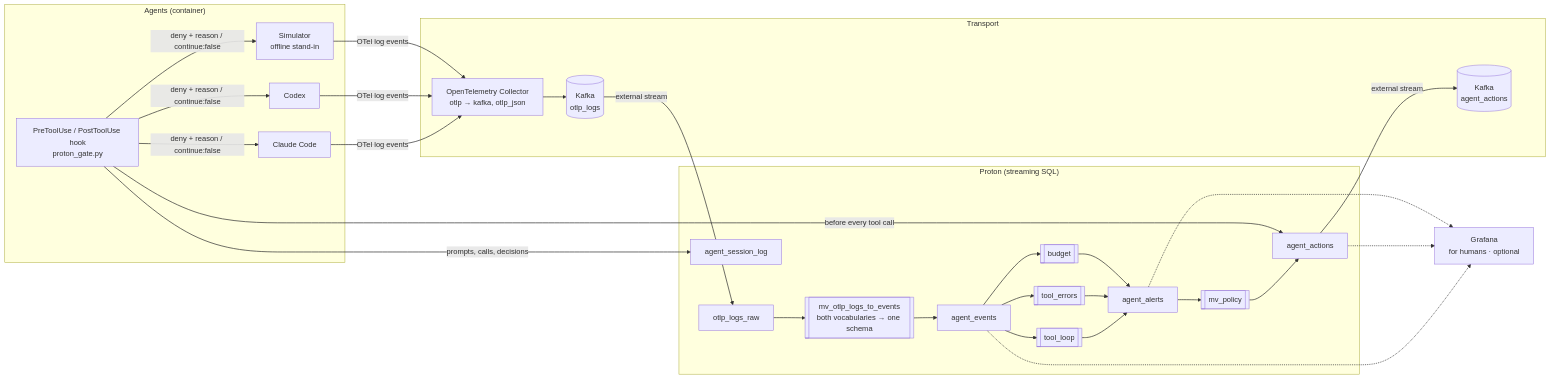
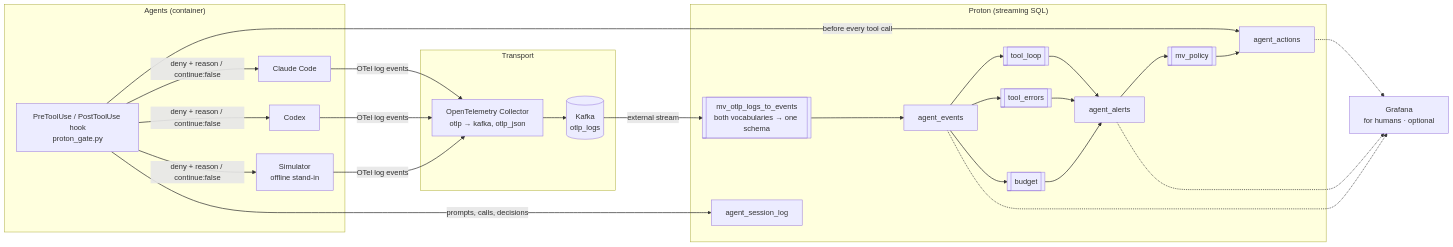
Before and after one commit to timeplus-io/osacon-2026: the diagram in docs/architecture.md, drawn with Mermaid. The commit also changed other lines of this file and 9 other files, not shown here.

````diff
--- a/docs/architecture.md
+++ b/docs/architecture.md
@@ -3,40 +3,37 @@
 ```mermaid
 flowchart LR
     subgraph Agents["Agents (container)"]
         CC[Claude Code]
         CX[Codex]
         SIM[Simulator<br/>offline stand-in]
         H[PreToolUse / PostToolUse hook<br/>proton_gate.py]
     end
 
     subgraph Transport
         C[OpenTelemetry Collector<br/>otlp → kafka, otlp_json]
         K1[(Kafka<br/>otlp_logs)]
-        K2[(Kafka<br/>agent_actions)]
     end
 
     subgraph Proton["Proton (streaming SQL)"]
-        R[otlp_logs_raw]
         P[[mv_otlp_logs_to_events<br/>both vocabularies → one schema]]
         E[agent_events]
         SL[agent_session_log]
         D1[[tool_loop]]
         D2[[tool_errors]]
         D3[[budget]]
         AL[agent_alerts]
         PO[[mv_policy]]
         AC[agent_actions]
     end
 
     G[Grafana<br/>for humans · optional]
 
-    CC & CX & SIM -->|OTel log events| C --> K1 -->|external stream| R --> P --> E
+    CC & CX & SIM -->|OTel log events| C --> K1 -->|external stream| P --> E
     E --> D1 & D2 & D3 --> AL --> PO --> AC
-    AC -->|external stream| K2
     H -->|before every tool call| AC
     H -->|deny + reason / continue:false| CC & CX & SIM
     H -->|prompts, calls, decisions| SL
     E & AC & AL -.-> G
 
     linkStyle default stroke-width:1.5px
 ```
````
